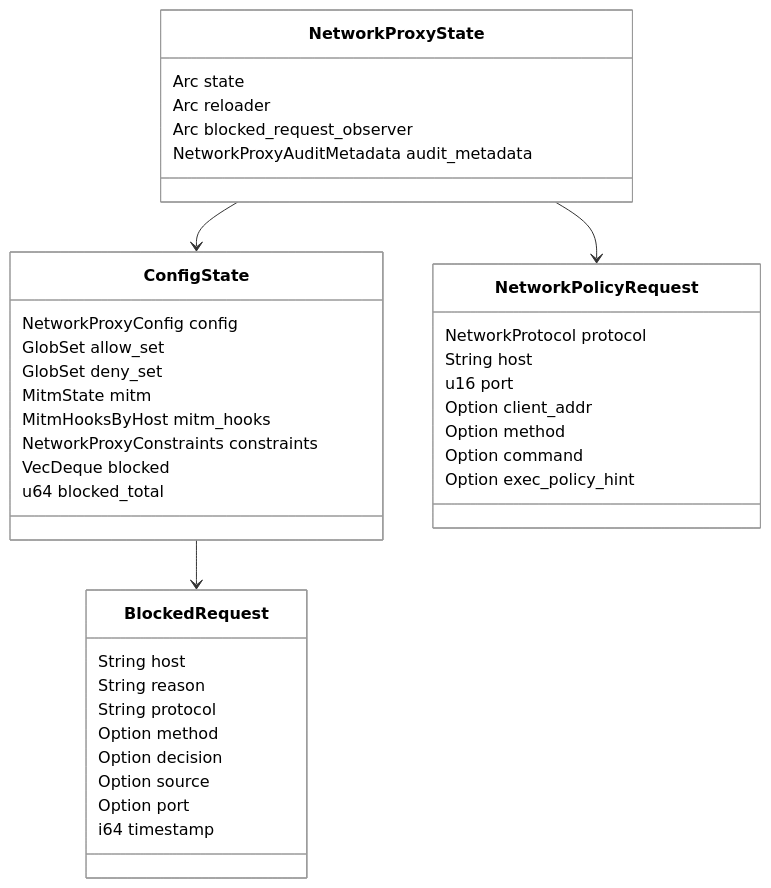
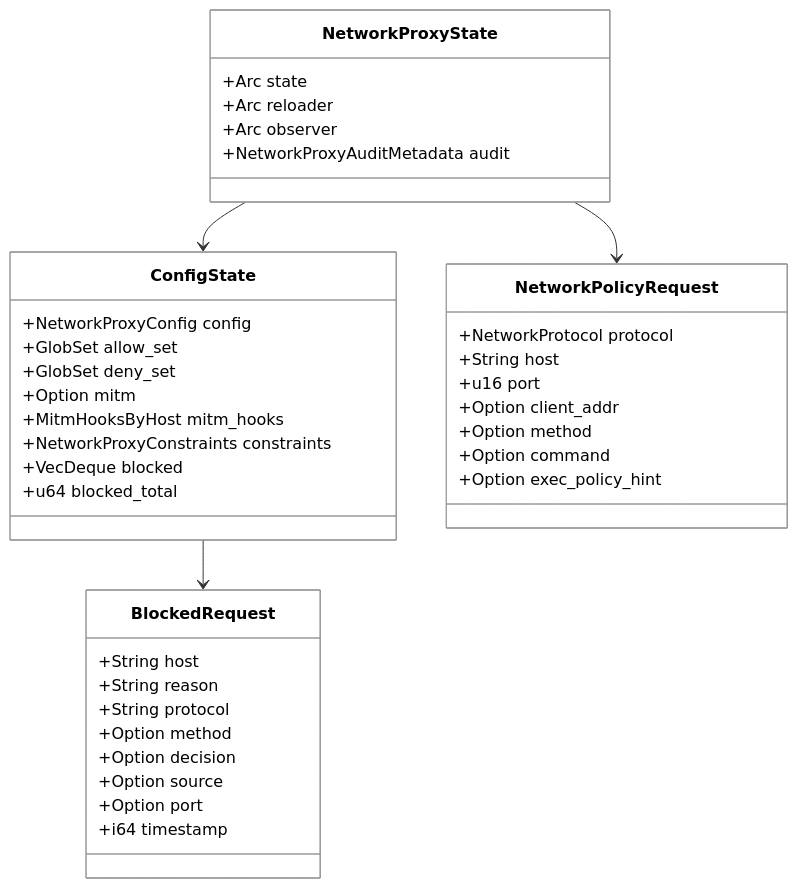
One commit to GLBB/codex-source-analysis changed the fifth of 5 diagrams in Part II Source Analysis/15-网络代理与策略.md. Above: the diagram before and after it, drawn with Mermaid. The commit also changed other lines of this file and 12 other files, not shown here.

````diff
--- a/Part II Source Analysis/15-网络代理与策略.md
+++ b/Part II Source Analysis/15-网络代理与策略.md
@@ -609,46 +644,46 @@
 ```mermaid
 %%{init: {"theme":"neutral","themeVariables":{"background":"#ffffff","mainBkg":"#ffffff","primaryColor":"#ffffff","secondaryColor":"#ffffff","tertiaryColor":"#ffffff","primaryTextColor":"#000000","secondaryTextColor":"#000000","tertiaryTextColor":"#000000","lineColor":"#333333","textColor":"#000000","fontFamily":"Helvetica"},"themeCSS":"svg { background: #ffffff !important; } .label, .nodeLabel, .edgeLabel, .messageText, text { fill: #000000 !important; color: #000000 !important; }"}}%%
 classDiagram
     class ConfigState {
-        NetworkProxyConfig config
-        GlobSet allow_set
-        GlobSet deny_set
-        MitmState mitm
-        MitmHooksByHost mitm_hooks
-        NetworkProxyConstraints constraints
-        VecDeque blocked
-        u64 blocked_total
+        +NetworkProxyConfig config
+        +GlobSet allow_set
+        +GlobSet deny_set
+        +Option mitm
+        +MitmHooksByHost mitm_hooks
+        +NetworkProxyConstraints constraints
+        +VecDeque blocked
+        +u64 blocked_total
     }
 
     class BlockedRequest {
-        String host
-        String reason
-        String protocol
-        Option method
-        Option decision
-        Option source
-        Option port
-        i64 timestamp
+        +String host
+        +String reason
+        +String protocol
+        +Option method
+        +Option decision
+        +Option source
+        +Option port
+        +i64 timestamp
     }
 
     class NetworkProxyState {
-        Arc state
-        Arc reloader
-        Arc blocked_request_observer
-        NetworkProxyAuditMetadata audit_metadata
+        +Arc state
+        +Arc reloader
+        +Arc observer
+        +NetworkProxyAuditMetadata audit
     }
 
     class NetworkPolicyRequest {
-        NetworkProtocol protocol
-        String host
-        u16 port
-        Option client_addr
-        Option method
-        Option command
-        Option exec_policy_hint
+        +NetworkProtocol protocol
+        +String host
+        +u16 port
+        +Option client_addr
+        +Option method
+        +Option command
+        +Option exec_policy_hint
     }
 
     NetworkProxyState --> ConfigState
     ConfigState --> BlockedRequest
     NetworkProxyState --> NetworkPolicyRequest
 ```
````
